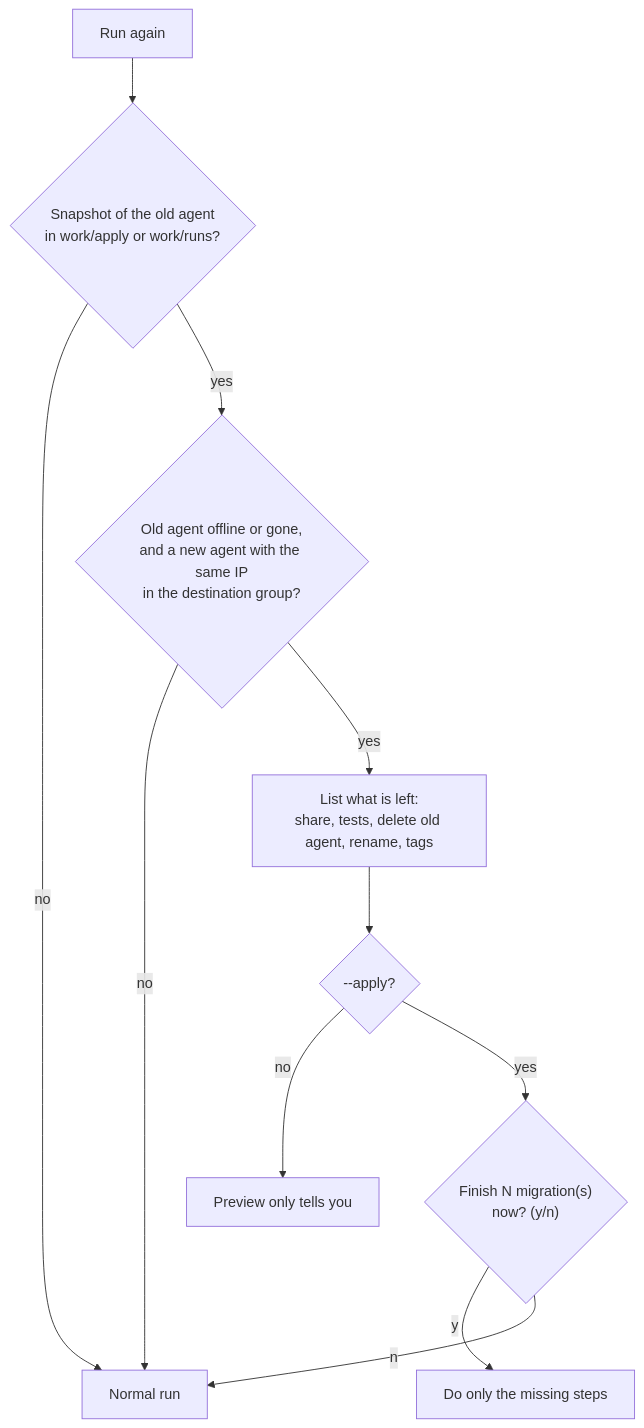
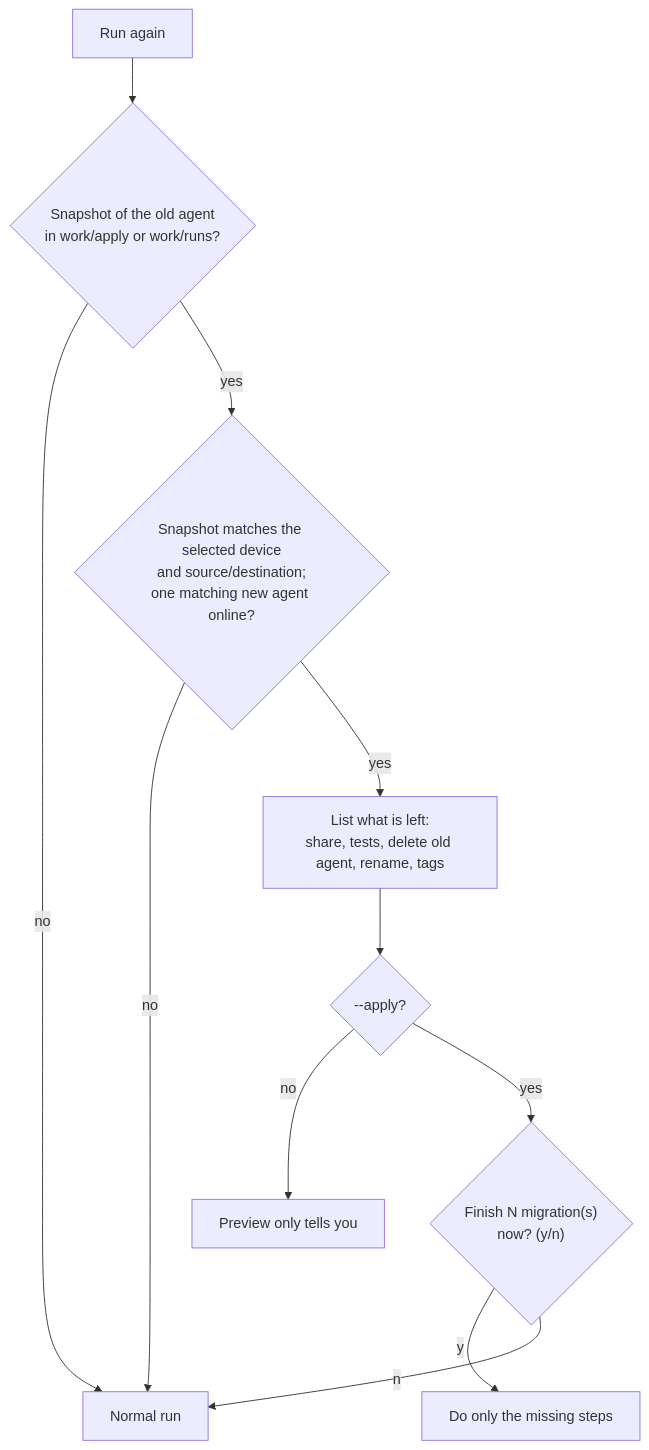
One commit to miherna2/te_ea_account_transfer changed the fourth of 5 diagrams in TE_AGENT_MIGRATE_MINIMAL_REQUIREMENTS/README.md. Above: the diagram before and after it, drawn with Mermaid. The commit also changed other lines of this file and 19 other files, not shown here.

````diff
--- a/TE_AGENT_MIGRATE_MINIMAL_REQUIREMENTS/README.md
+++ b/TE_AGENT_MIGRATE_MINIMAL_REQUIREMENTS/README.md
@@ -317,13 +338,13 @@
 ```mermaid
 flowchart TD
     R["Run again"] --> S{"Snapshot of the old agent<br/>in work/apply or work/runs?"}
     S -- no --> N["Normal run"]
-    S -- yes --> O{"Old agent offline or gone,<br/>and a new agent with the same IP<br/>in the destination group?"}
+    S -- yes --> O{"Snapshot matches the selected device<br/>and source/destination;<br/>one matching new agent online?"}
     O -- no --> N
     O -- yes --> L["List what is left:<br/>share, tests, delete old agent, rename, tags"]
     L --> P{"--apply?"}
     P -- no --> I["Preview only tells you"]
     P -- yes --> Q{"Finish N migration(s)<br/>now? (y/n)"}
     Q -- y --> D["Do only the missing steps"]
     Q -- n --> N
 ```
````
